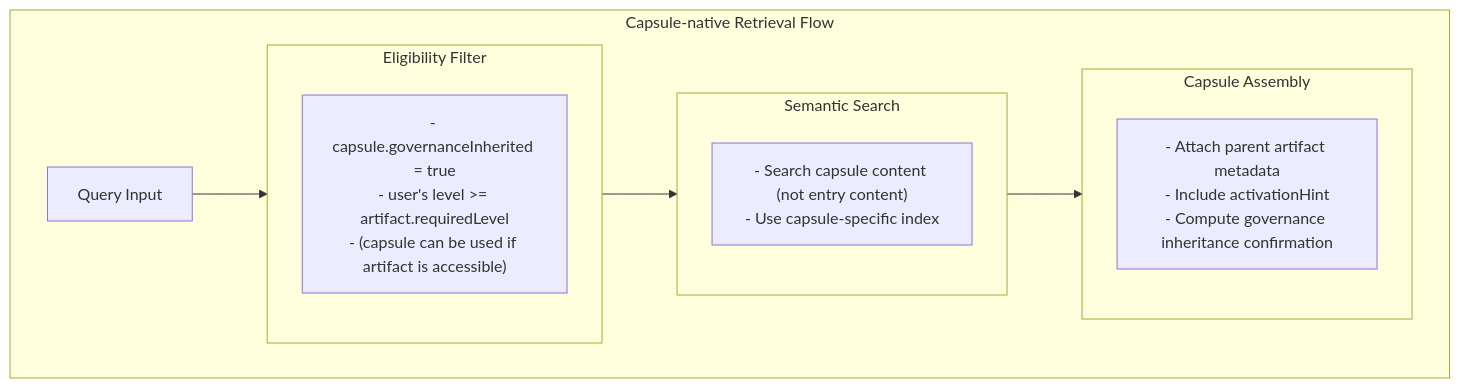
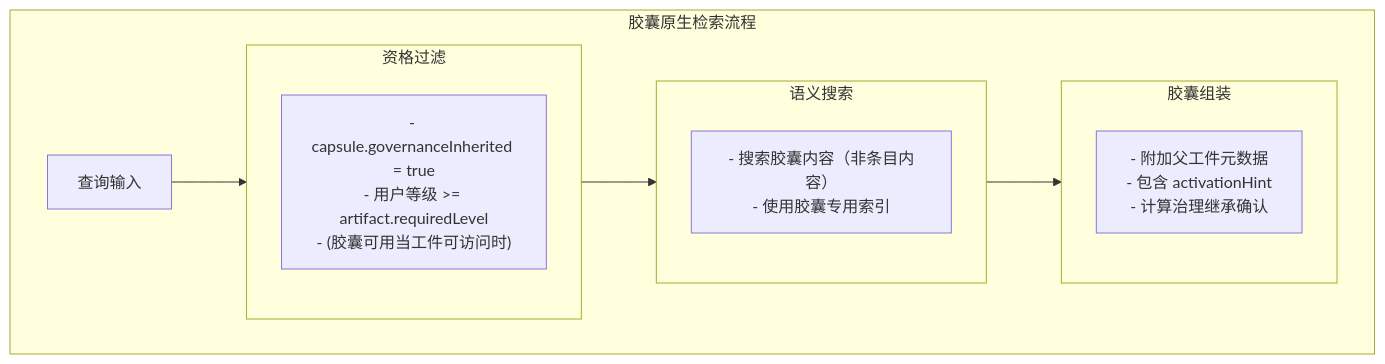
The seventh of 8 diagrams in docs/architecture/components/RETRIEVAL.md (pofossette/TrapMap-for-vibing), drawn with Mermaid before and after one commit. The commit also changed other lines of this file and 11 other files, not shown here.

First line of the commit message:
docs: 转换 ASCII 框图为 Mermaid flowchart tb + subgraph，翻译已有 Mermaid 图表为简体中文

````diff
--- a/docs/architecture/components/RETRIEVAL.md
+++ b/docs/architecture/components/RETRIEVAL.md
@@ -260,20 +260,20 @@
 ```mermaid
 flowchart TB
-    subgraph CapsuleRetrieval["Capsule-native Retrieval Flow"]
-        A["Query Input"]
+    subgraph CapsuleRetrieval["胶囊原生检索流程"]
+        A["查询输入"]
         
-        subgraph Eligibility["Eligibility Filter"]
-            B["- capsule.governanceInherited = true\n- user's level >= artifact.requiredLevel\n- (capsule can be used if artifact is accessible)"]
+        subgraph Eligibility["资格过滤"]
+            B["- capsule.governanceInherited = true\n- 用户等级 >= artifact.requiredLevel\n- (胶囊可用当工件可访问时)"]
         end
 
-        subgraph Search["Semantic Search"]
-            C["- Search capsule content (not entry content)\n- Use capsule-specific index"]
+        subgraph Search["语义搜索"]
+            C["- 搜索胶囊内容（非条目内容）\n- 使用胶囊专用索引"]
         end
 
-        subgraph Assembly["Capsule Assembly"]
-            D["- Attach parent artifact metadata\n- Include activationHint\n- Compute governance inheritance confirmation"]
+        subgraph Assembly["胶囊组装"]
+            D["- 附加父工件元数据\n- 包含 activationHint\n- 计算治理继承确认"]
         end
 
         A --> Eligibility --> Search --> Assembly
     end
 ```
````
